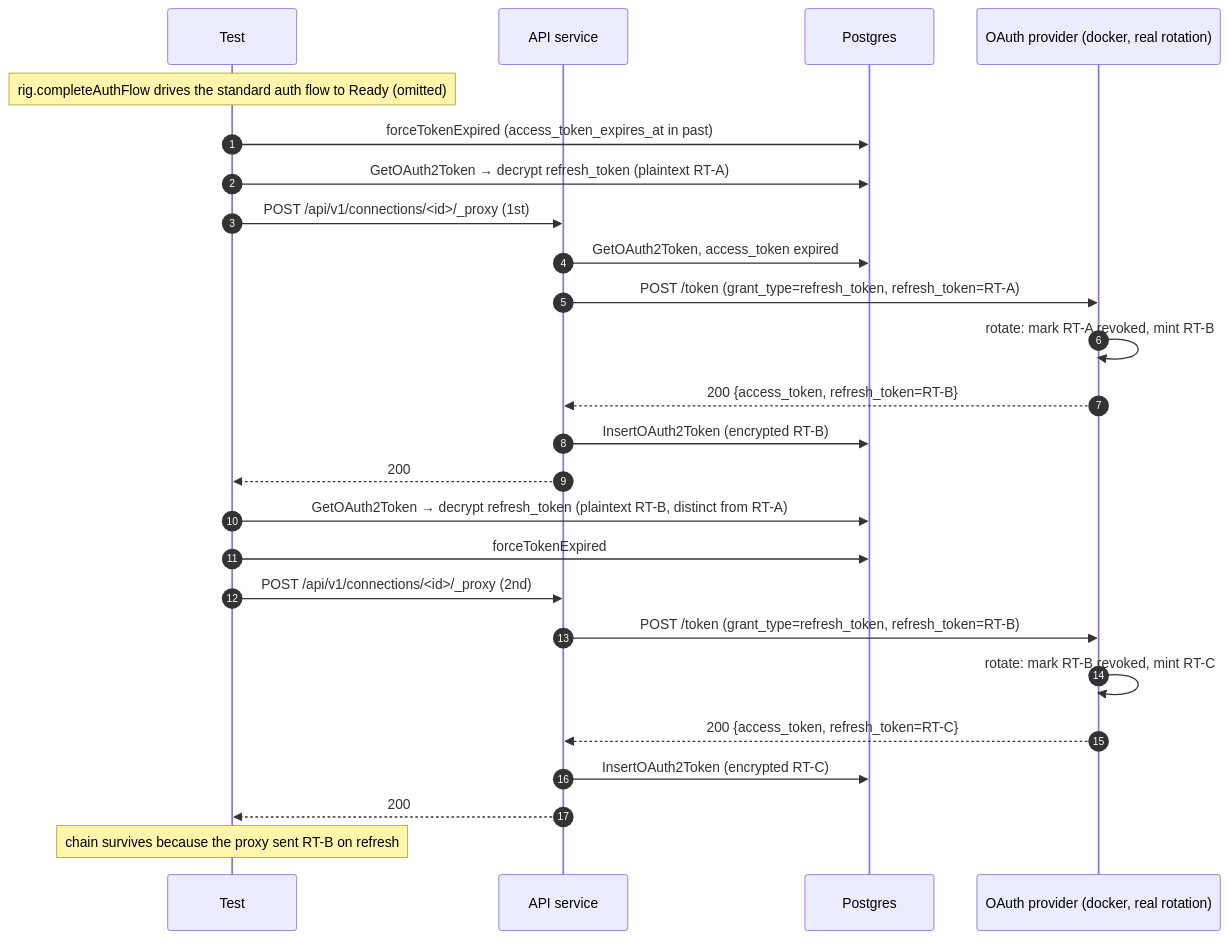
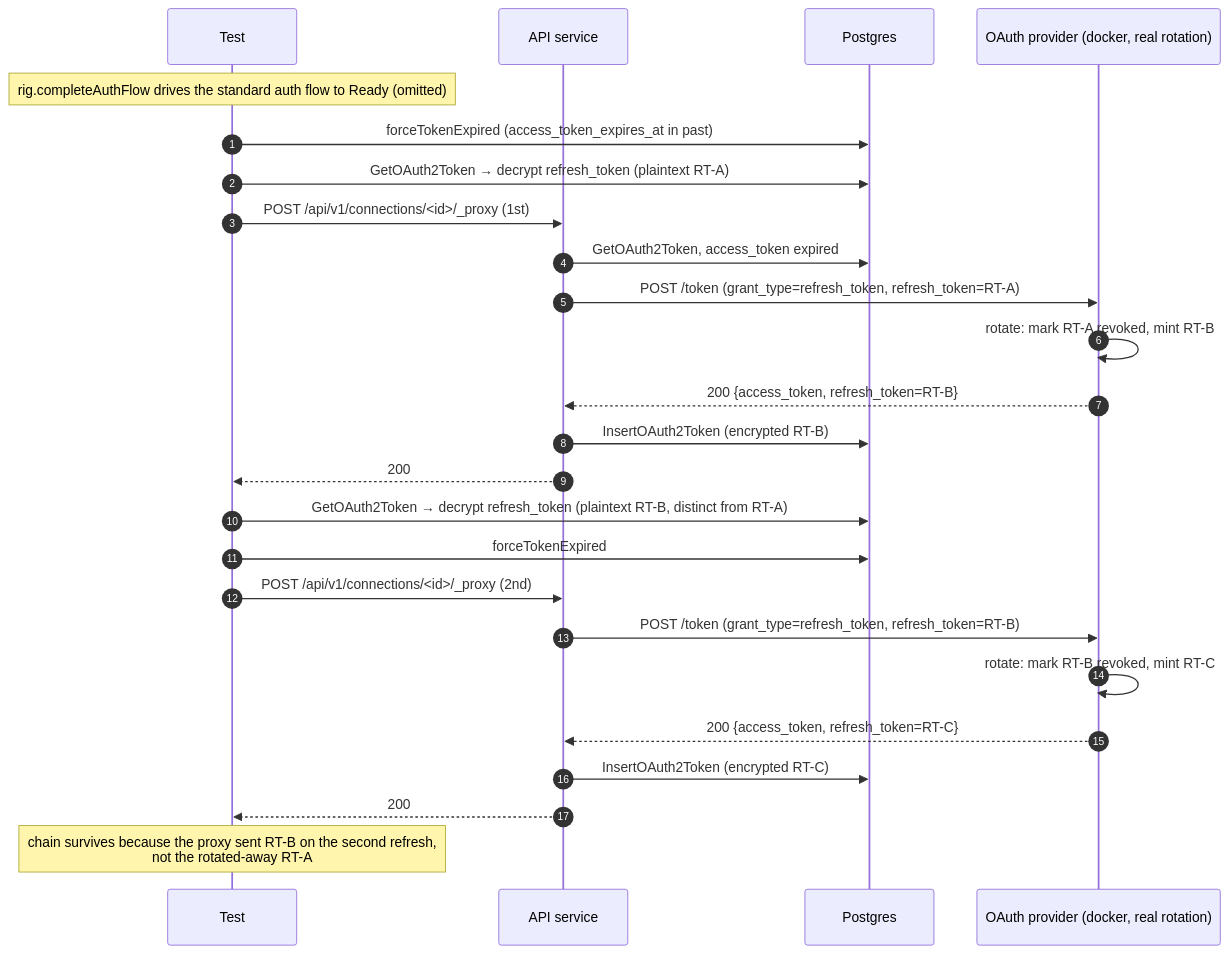
One commit to rmorlok/authproxy changed the diagram in integration_tests/oauth2/proxy_refresh_rotation_test.md. Above: the diagram before and after it, drawn with Mermaid. The commit also changed other lines of this file and 23 other files, not shown here.

````diff
--- a/integration_tests/oauth2/proxy_refresh_rotation_test.md
+++ b/integration_tests/oauth2/proxy_refresh_rotation_test.md
@@ -99,33 +99,33 @@
 ```mermaid
 sequenceDiagram
     autonumber
     participant T as Test
     participant API as API service
     participant DB as Postgres
     participant P as OAuth provider (docker, real rotation)
 
     note over T: rig.completeAuthFlow drives the standard auth flow to Ready (omitted)
 
     T->>DB: forceTokenExpired (access_token_expires_at in past)
     T->>DB: GetOAuth2Token → decrypt refresh_token (plaintext RT-A)
 
     T->>API: POST /api/v1/connections/<id>/_proxy (1st)
     API->>DB: GetOAuth2Token, access_token expired
     API->>P: POST /token (grant_type=refresh_token, refresh_token=RT-A)
     P->>P: rotate: mark RT-A revoked, mint RT-B
     P-->>API: 200 {access_token, refresh_token=RT-B}
     API->>DB: InsertOAuth2Token (encrypted RT-B)
     API-->>T: 200
 
     T->>DB: GetOAuth2Token → decrypt refresh_token (plaintext RT-B, distinct from RT-A)
 
     T->>DB: forceTokenExpired
     T->>API: POST /api/v1/connections/<id>/_proxy (2nd)
     API->>P: POST /token (grant_type=refresh_token, refresh_token=RT-B)
     P->>P: rotate: mark RT-B revoked, mint RT-C
     P-->>API: 200 {access_token, refresh_token=RT-C}
     API->>DB: InsertOAuth2Token (encrypted RT-C)
     API-->>T: 200
 
-    note over T: chain survives because the proxy sent RT-B on refresh #2,<br/>not the rotated-away RT-A
+    note over T: chain survives because the proxy sent RT-B on the second refresh,<br/>not the rotated-away RT-A
 ```
````
